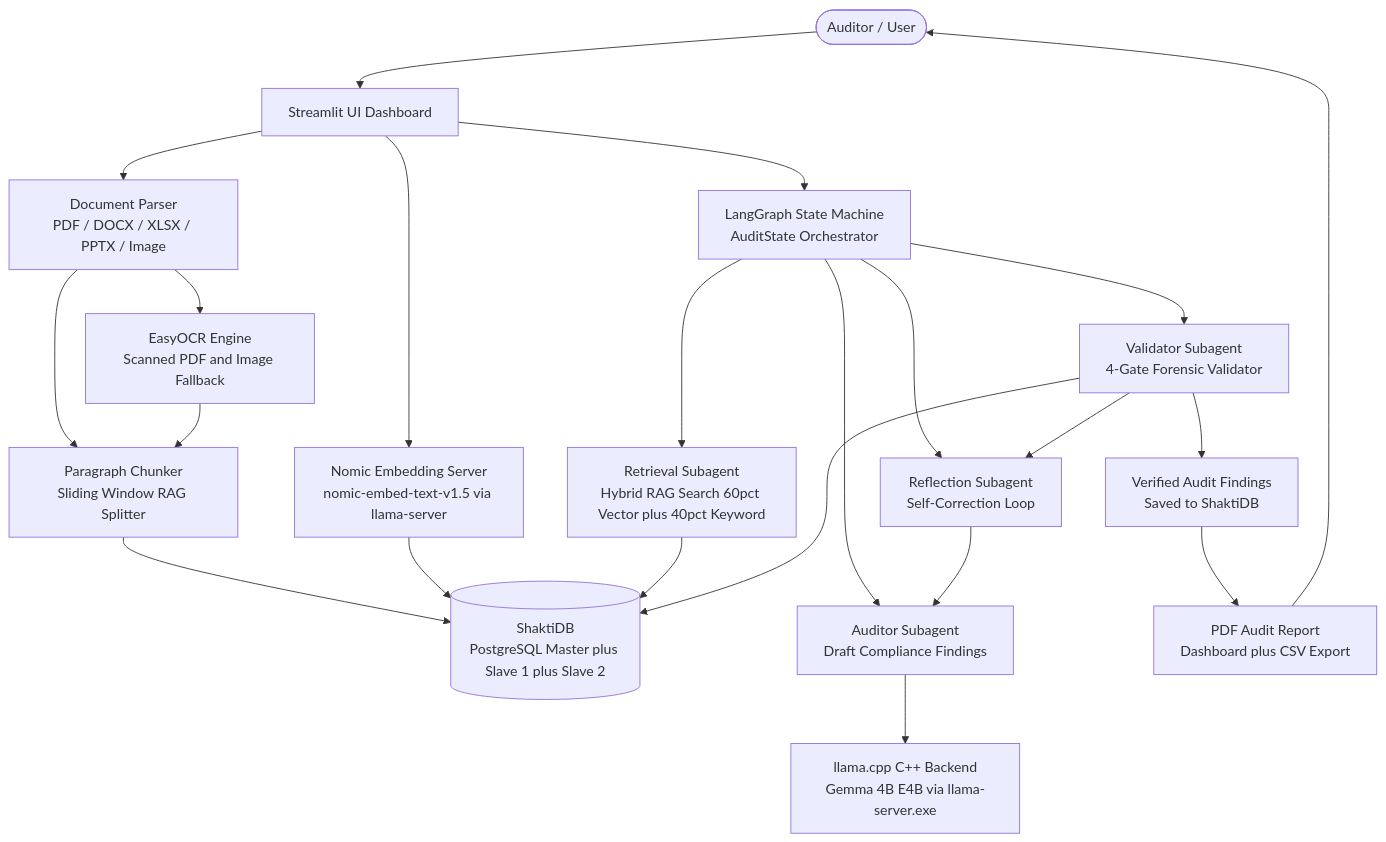
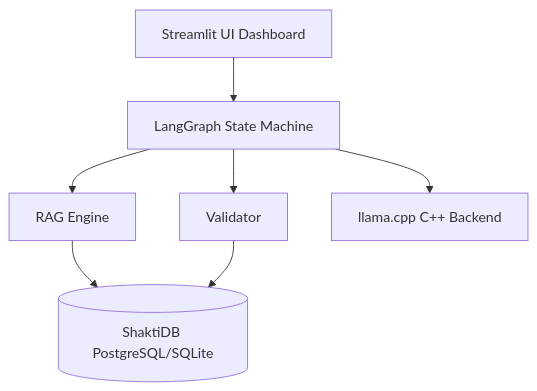
Before and after one commit to veeresh8088-star/Audit_Stp_Box: the first of 4 diagrams in FULL_PROJECT_EVALUATION.md, drawn with Mermaid. The commit also changed other lines of this file and 5 other files, not shown here.

````diff
--- a/FULL_PROJECT_EVALUATION.md
+++ b/FULL_PROJECT_EVALUATION.md
@@ -20,37 +22,9 @@
 ```mermaid
 graph TD
-    Auditor([Auditor / User]) --> UI[Streamlit UI Dashboard]
-    UI --> DocParser[Document Parser
-PDF / DOCX / XLSX / PPTX / Image]
-    DocParser --> OCR[EasyOCR Engine
-Scanned PDF and Image Fallback]
-    DocParser --> Chunker[Paragraph Chunker
-Sliding Window RAG Splitter]
-    OCR --> Chunker
-    Chunker --> ShaktiDB[(ShaktiDB
-PostgreSQL Master plus Slave 1 plus Slave 2)]
-    UI --> Embedding[Nomic Embedding Server
-nomic-embed-text-v1.5 via llama-server]
-    Embedding --> ShaktiDB
-    UI --> LangGraph[LangGraph State Machine
-AuditState Orchestrator]
-    LangGraph --> RetrieveAgent[Retrieval Subagent
-Hybrid RAG Search 60pct Vector plus 40pct Keyword]
-    RetrieveAgent --> ShaktiDB
-    LangGraph --> AuditorAgent[Auditor Subagent
-Draft Compliance Findings]
-    AuditorAgent --> LLM[llama.cpp C++ Backend
-Gemma 4B E4B via llama-server.exe]
-    LangGraph --> ValidatorAgent[Validator Subagent
-4-Gate Forensic Validator]
-    ValidatorAgent --> ShaktiDB
-    LangGraph --> ReflectAgent[Reflection Subagent
-Self-Correction Loop]
-    ValidatorAgent --> ReflectAgent
-    ReflectAgent --> AuditorAgent
-    ValidatorAgent --> Results[Verified Audit Findings
-Saved to ShaktiDB]
-    Results --> Report[PDF Audit Report
-Dashboard plus CSV Export]
-    Report --> Auditor
+    UI[Streamlit UI Dashboard] --> Machine[LangGraph State Machine]
+    Machine --> RAG[RAG Engine]
+    Machine --> Val[Validator]
+    Machine --> Llama[llama.cpp C++ Backend]
+    RAG --> DB[(ShaktiDB PostgreSQL/SQLite)]
+    Val --> DB
 ```
````
